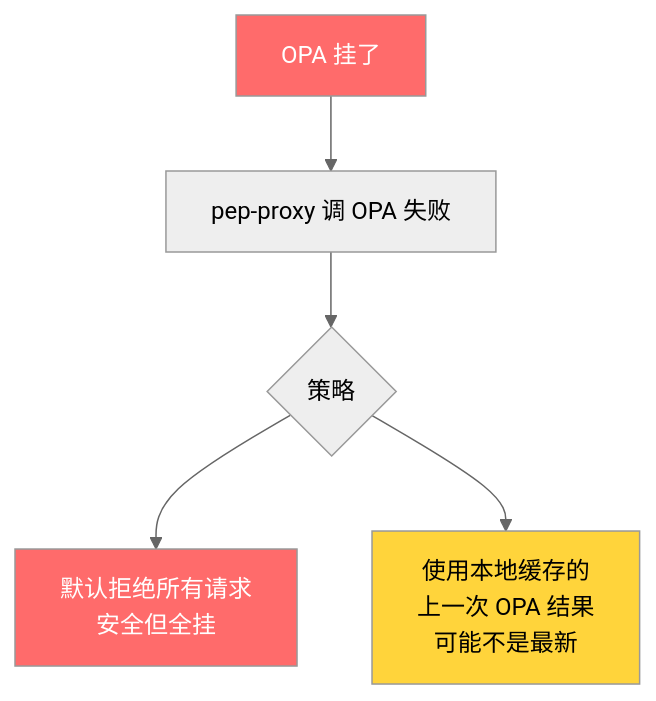
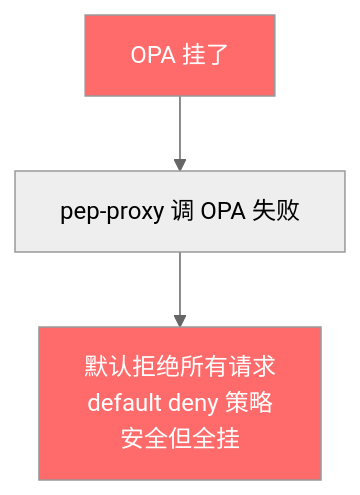
Diagram 12 of 16 in diagrams/failure-scenarios.md (xiewanchao/aidp-iam), drawn with Mermaid (neutral theme) before and after one commit. The commit also changed other lines of this file and 5 other files, not shown here.

````diff
--- a/diagrams/failure-scenarios.md
+++ b/diagrams/failure-scenarios.md
@@ -331,11 +421,8 @@
 ```mermaid
 flowchart TD
-    OPA_DOWN[OPA 挂了] --> PEP[pep-proxy 调 OPA 失败]
-    PEP --> STRATEGY{策略}
-    STRATEGY --> DENY[默认拒绝所有请求<br/>安全但全挂]
-    STRATEGY --> CACHE[使用本地缓存的<br/>上一次 OPA 结果<br/>可能不是最新]
+    OPA_DOWN["OPA 挂了"] --> PEP["pep-proxy 调 OPA 失败"]
+    PEP --> DENY["默认拒绝所有请求<br/>default deny 策略<br/>安全但全挂"]
 
     style OPA_DOWN fill:#ff6b6b,color:#fff
     style DENY fill:#ff6b6b,color:#fff
-    style CACHE fill:#ffd43b,color:#000
 ```
````
